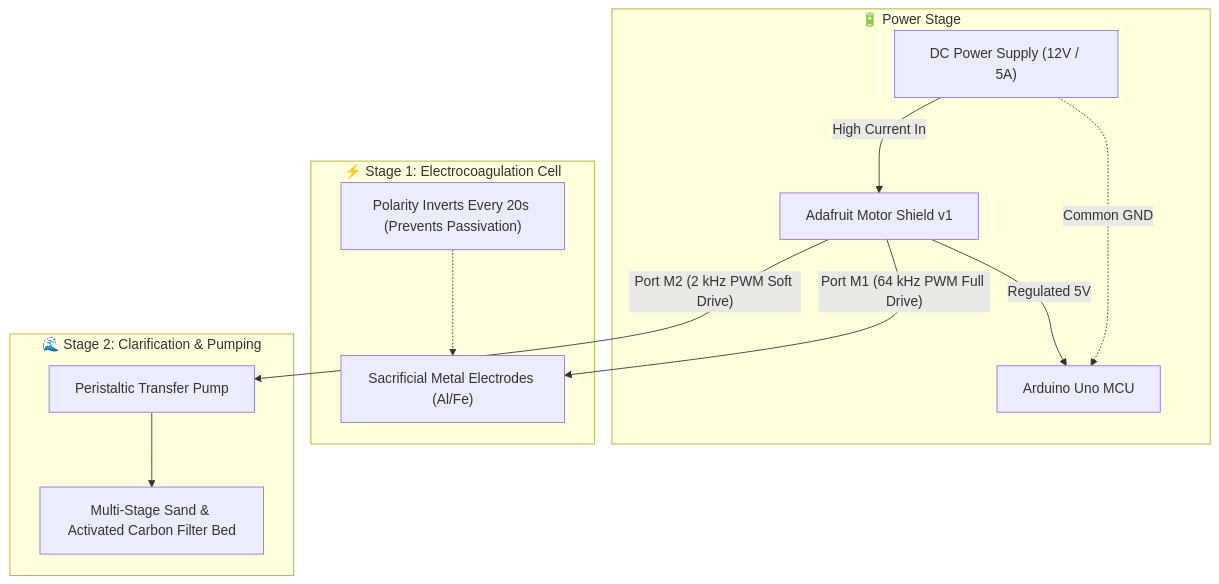
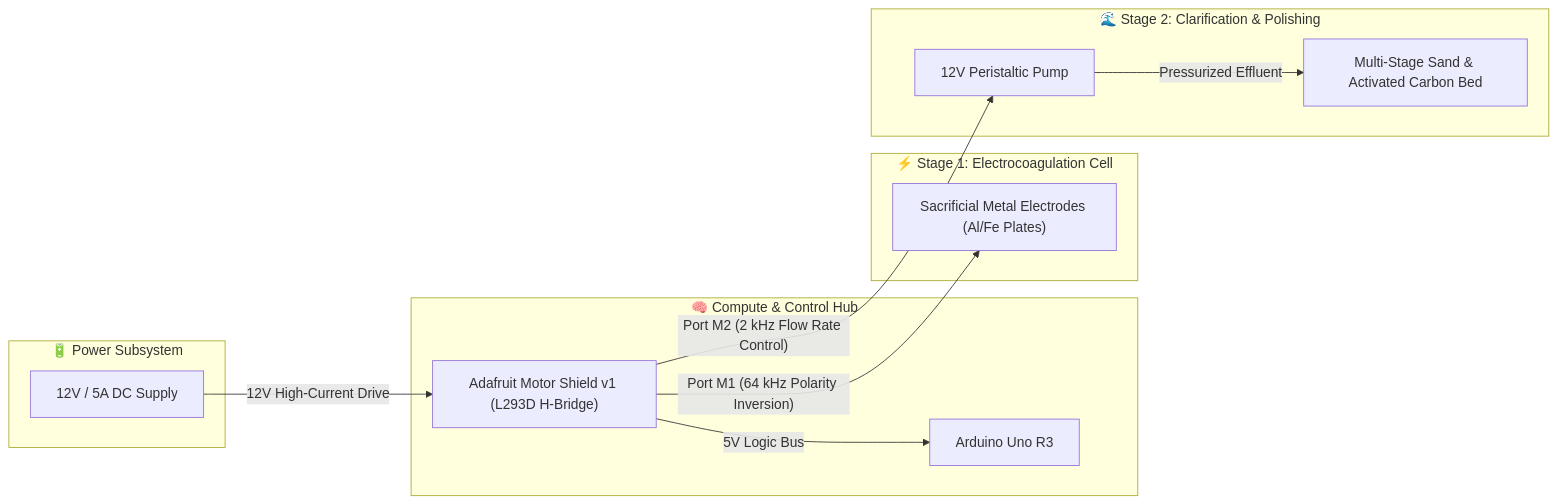
One commit to 3B00D-0/capstone-projects changed the diagram in projects/water-purifier-electrocoagulation/README.md. Above: the diagram before and after it, drawn with Mermaid. The commit also changed other lines of this file and 6 other files, not shown here.

Commit message:
docs: standardize 2-tier hardware diagrams and pinouts across all projects, add nursing robot student handouts

````diff
--- a/projects/water-purifier-electrocoagulation/README.md
+++ b/projects/water-purifier-electrocoagulation/README.md
@@ -28,18 +29,26 @@
 ```mermaid
-graph TD
-    subgraph PowerSupply ["🔋 Power Stage"]
-        PSU["DC Power Supply (12V / 5A)"] -->|High Current In| SHIELD["Adafruit Motor Shield v1"]
-        SHIELD -->|Regulated 5V| UNO["Arduino Uno MCU"]
-        PSU -.->|Common GND| UNO
+graph LR
+    subgraph Power ["🔋 Power Subsystem"]
+        PSU["12V / 5A DC Supply"]
     end
 
-    subgraph TreatmentStage ["⚡ Stage 1: Electrocoagulation Cell"]
-        SHIELD -->|"Port M1 (64 kHz PWM Full Drive)"| CELL["Sacrificial Metal Electrodes (Al/Fe)"]
-        NOTE["Polarity Inverts Every 20s (Prevents Passivation)"] -.-> CELL
+    subgraph Controller ["🧠 Compute & Control Hub"]
+        UNO["Arduino Uno R3"]
+        SHIELD["Adafruit Motor Shield v1 (L293D H-Bridge)"]
     end
 
-    subgraph FiltrationStage ["🌊 Stage 2: Clarification & Pumping"]
-        SHIELD -->|"Port M2 (2 kHz PWM Soft Drive)"| PUMP["Peristaltic Transfer Pump"]
-        PUMP --> FILTER["Multi-Stage Sand & Activated Carbon Filter Bed"]
+    subgraph ChemicalStage ["⚡ Stage 1: Electrocoagulation Cell"]
+        CELL["Sacrificial Metal Electrodes (Al/Fe Plates)"]
     end
+
+    subgraph FiltrationStage ["🌊 Stage 2: Clarification & Polishing"]
+        PUMP["12V Peristaltic Pump"]
+        FILTER["Multi-Stage Sand & Activated Carbon Bed"]
+    end
+
+    PSU -->|"12V High-Current Drive"| SHIELD
+    SHIELD -->|"5V Logic Bus"| UNO
+    SHIELD -->|"Port M1 (64 kHz Polarity Inversion)"| CELL
+    SHIELD -->|"Port M2 (2 kHz Flow Rate Control)"| PUMP
+    PUMP -->|"Pressurized Effluent"| FILTER
 ```
````
